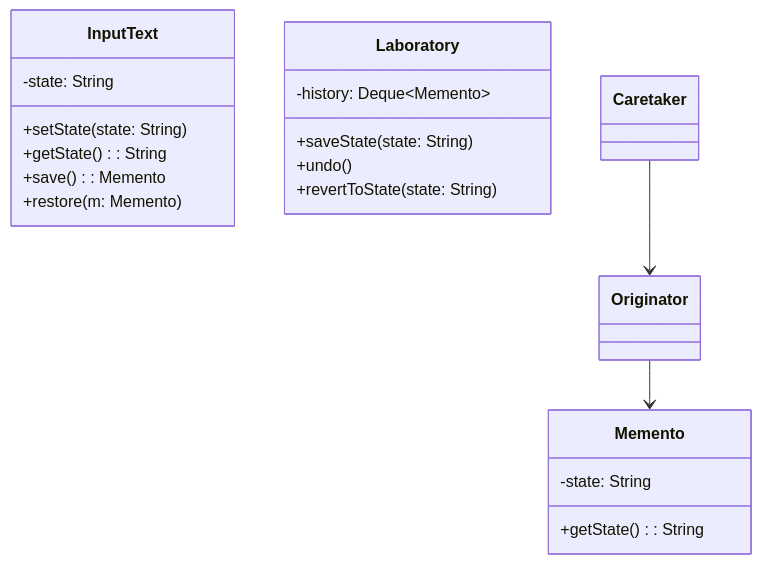
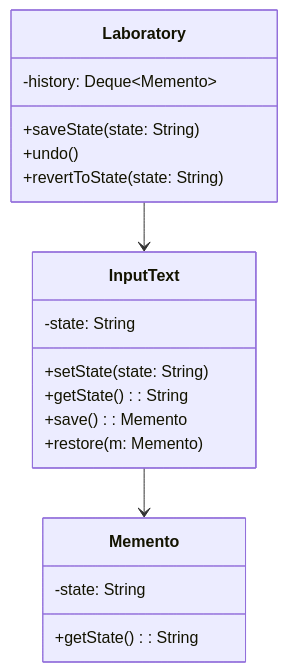
The diagram in BehavioralPatterns/memento/README.md (faviofloresdev/javaPatterns), drawn with Mermaid before and after one commit.

Commit message:
Revise Memento pattern relationships in README
Updated the relationships in the Memento pattern diagram.

````diff
--- a/BehavioralPatterns/memento/README.md
+++ b/BehavioralPatterns/memento/README.md
@@ -10,25 +10,25 @@
 ```mermaid
 classDiagram
     class InputText {
         -state: String
         +setState(state: String)
         +getState(): String
         +save(): Memento
         +restore(m: Memento)
     }
 
     class Memento {
         -state: String
         +getState(): String
     }
 
     class Laboratory {
         -history: Deque~Memento~
         +saveState(state: String)
         +undo()
         +revertToState(state: String)
     }
 
-    Originator --> Memento
-    Caretaker --> Originator
+    InputText --> Memento
+    Laboratory --> InputText
 ```
````
